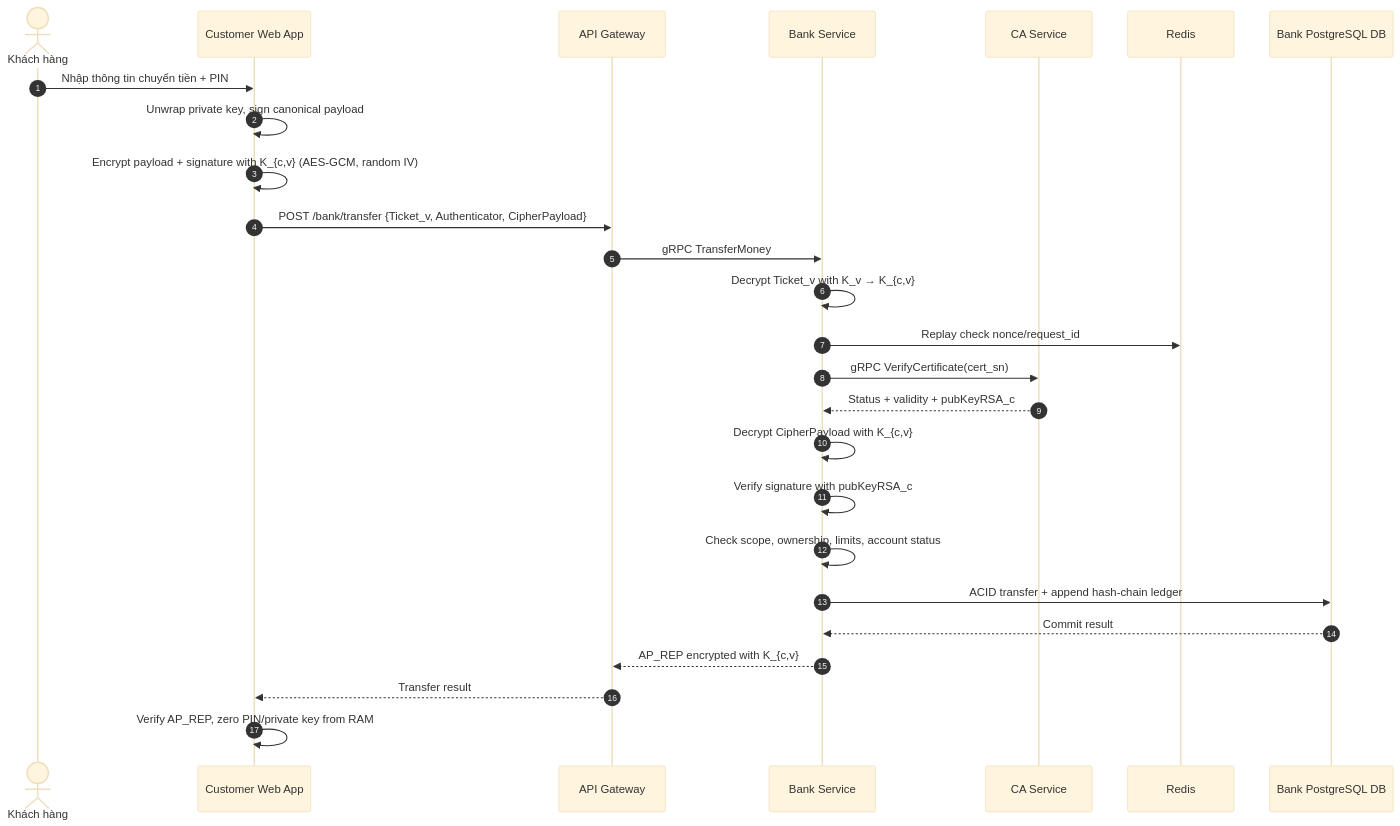
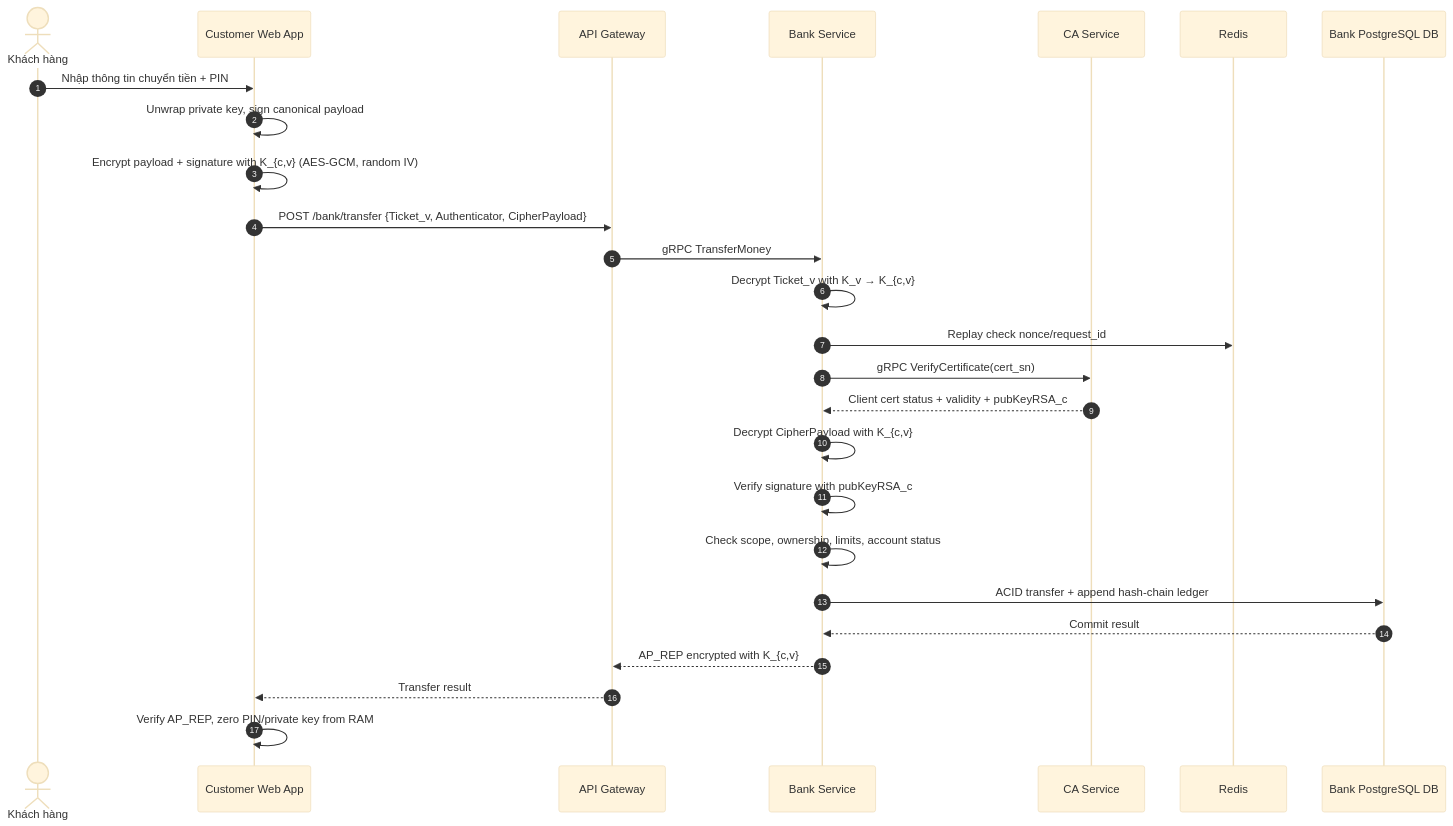
Before and after one commit to TNTT2305hcmus/mini-banking-app: the fifth of 6 diagrams in blueprint/design.md, drawn with Mermaid (base theme). The commit also changed other lines of this file and 38 other files, not shown here.

````diff
--- a/blueprint/design.md
+++ b/blueprint/design.md
@@ -445,29 +497,29 @@
 ```mermaid
 sequenceDiagram
     autonumber
     actor C as Khách hàng
     participant Web as Customer Web App
     participant G as API Gateway
     participant B as Bank Service
     participant CA as CA Service
     participant R as Redis
     participant DB as Bank PostgreSQL DB
 
     C->>Web: Nhập thông tin chuyển tiền + PIN
     Web->>Web: Unwrap private key, sign canonical payload
     Web->>Web: Encrypt payload + signature with K_{c,v} (AES-GCM, random IV)
     Web->>G: POST /bank/transfer {Ticket_v, Authenticator, CipherPayload}
     G->>B: gRPC TransferMoney
     B->>B: Decrypt Ticket_v with K_v → K_{c,v}
     B->>R: Replay check nonce/request_id
     B->>CA: gRPC VerifyCertificate(cert_sn)
-    CA-->>B: Status + validity + pubKeyRSA_c
+    CA-->>B: Client cert status + validity + pubKeyRSA_c
     B->>B: Decrypt CipherPayload with K_{c,v}
     B->>B: Verify signature with pubKeyRSA_c
     B->>B: Check scope, ownership, limits, account status
     B->>DB: ACID transfer + append hash-chain ledger
     DB-->>B: Commit result
     B-->>G: AP_REP encrypted with K_{c,v}
     G-->>Web: Transfer result
     Web->>Web: Verify AP_REP, zero PIN/private key from RAM
 ```
````
